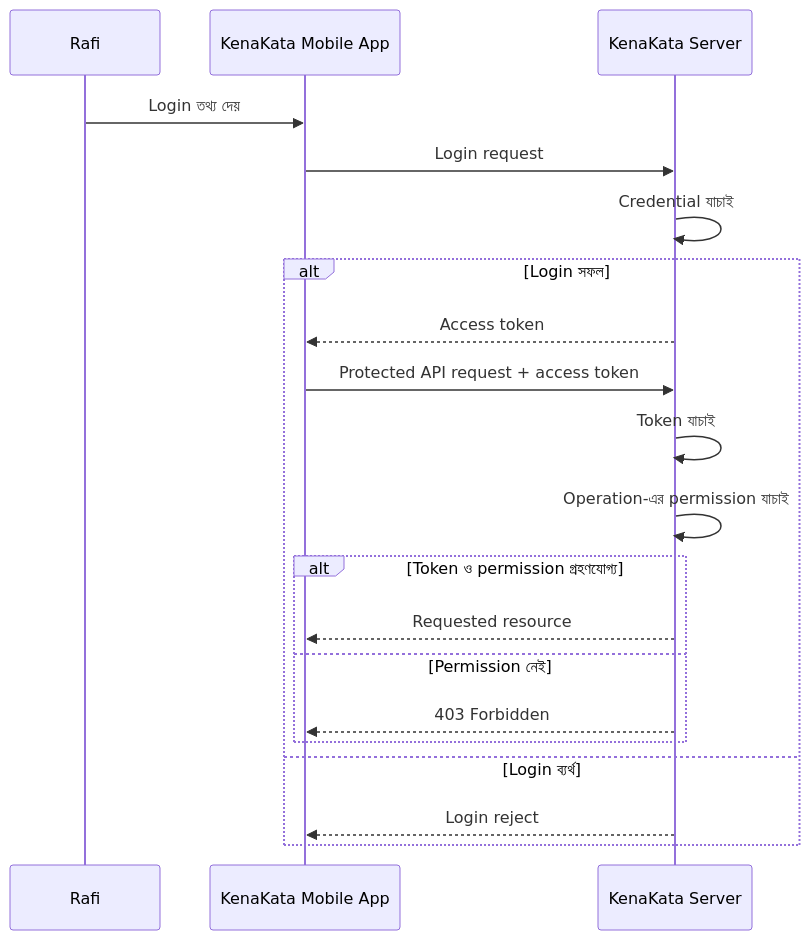
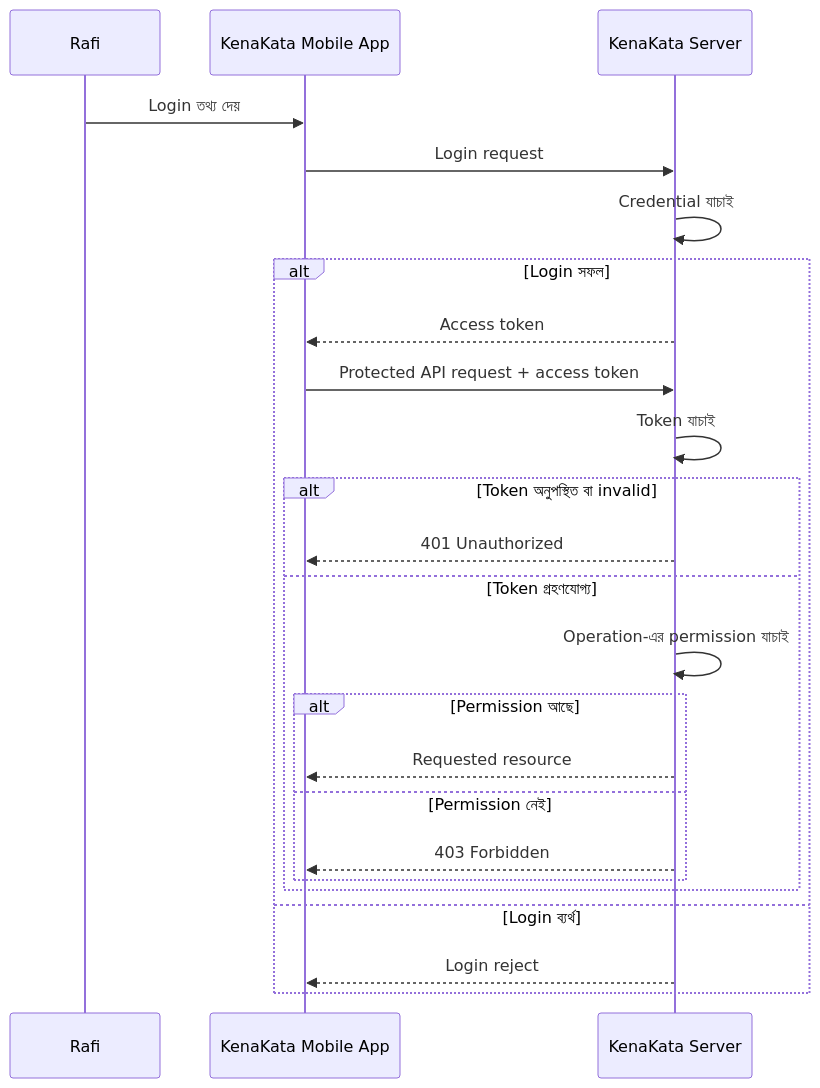
One commit to shomi-khan/auth-security-journey changed the first of 2 diagrams in series/season-1-browser-session-token/08-tokens/README.md. Above: the diagram before and after it, drawn with Mermaid. The commit also changed other lines of this file, not shown here.

Commit message:
Clarify Chapter 8 token and authorization failure paths

````diff
--- a/series/season-1-browser-session-token/08-tokens/README.md
+++ b/series/season-1-browser-session-token/08-tokens/README.md
@@ -37,23 +37,27 @@
 ```mermaid
 sequenceDiagram
     participant R as Rafi
     participant M as KenaKata Mobile App
     participant K as KenaKata Server
 
     R->>M: Login তথ্য দেয়
     M->>K: Login request
     K->>K: Credential যাচাই
     alt Login সফল
         K-->>M: Access token
         M->>K: Protected API request + access token
         K->>K: Token যাচাই
-        K->>K: Operation-এর permission যাচাই
-        alt Token ও permission গ্রহণযোগ্য
-            K-->>M: Requested resource
-        else Permission নেই
-            K-->>M: 403 Forbidden
+        alt Token অনুপস্থিত বা invalid
+            K-->>M: 401 Unauthorized
+        else Token গ্রহণযোগ্য
+            K->>K: Operation-এর permission যাচাই
+            alt Permission আছে
+                K-->>M: Requested resource
+            else Permission নেই
+                K-->>M: 403 Forbidden
+            end
         end
     else Login ব্যর্থ
         K-->>M: Login reject
     end
 ```
````
